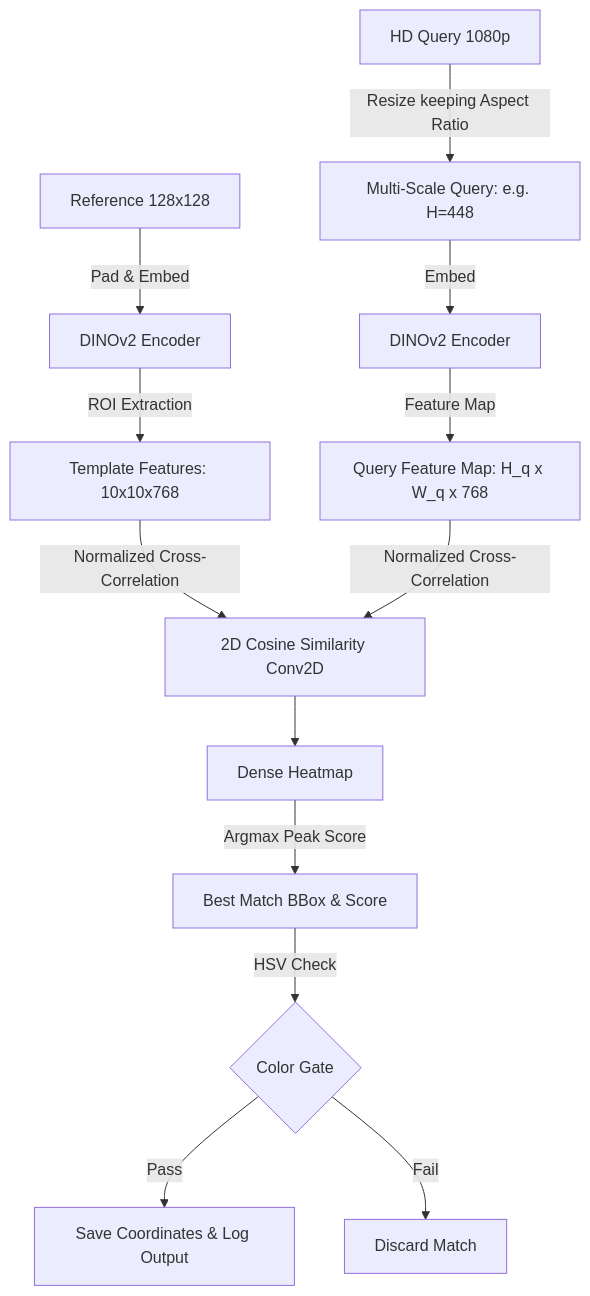
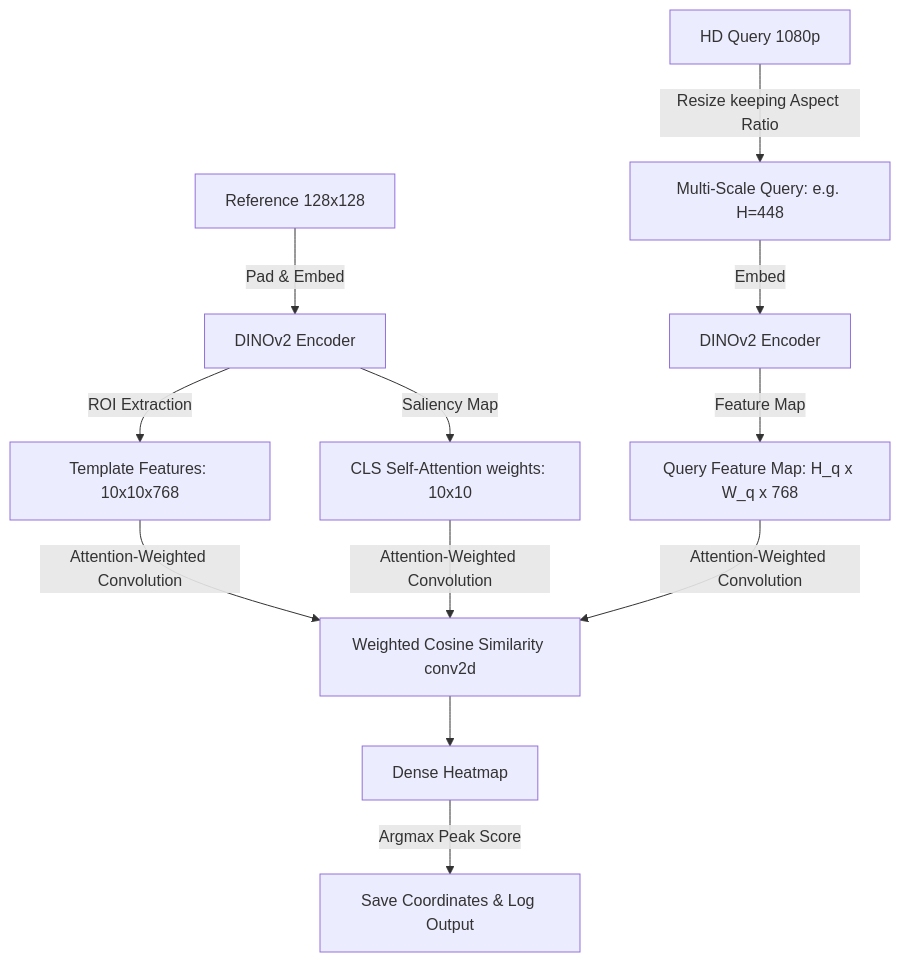
The diagram in agent.md (Electring2025/feature_detection), drawn with Mermaid before and after one commit. The commit also changed other lines of this file and 2 other files, not shown here.

````diff
--- a/agent.md
+++ b/agent.md
@@ -34,18 +31,17 @@
 ```mermaid
 graph TD
     Ref[Reference 128x128] -->|Pad & Embed| DINO_Ref[DINOv2 Encoder]
+    DINO_Ref -->|Saliency Map| Attention[CLS Self-Attention weights: 10x10]
     DINO_Ref -->|ROI Extraction| Template[Template Features: 10x10x768]
     
     Query[HD Query 1080p] -->|Resize keeping Aspect Ratio| QueryScale[Multi-Scale Query: e.g. H=448]
     QueryScale -->|Embed| DINO_Query[DINOv2 Encoder]
     DINO_Query -->|Feature Map| FeatMap[Query Feature Map: H_q x W_q x 768]
     
-    Template -->|Normalized Cross-Correlation| CrossCorr[2D Cosine Similarity Conv2D]
-    FeatMap -->|Normalized Cross-Correlation| CrossCorr
+    Template -->|Attention-Weighted Convolution| CrossCorr[Weighted Cosine Similarity conv2d]
+    Attention -->|Attention-Weighted Convolution| CrossCorr
+    FeatMap -->|Attention-Weighted Convolution| CrossCorr
     
     CrossCorr --> Heatmap[Dense Heatmap]
-    Heatmap -->|Argmax Peak Score| Output[Best Match BBox & Score]
-    Output -->|HSV Check| ColorGate{Color Gate}
-    ColorGate -->|Pass| Success[Save Coordinates & Log Output]
-    ColorGate -->|Fail| Fail[Discard Match]
+    Heatmap -->|Argmax Peak Score| Success[Save Coordinates & Log Output]
 ```
````
